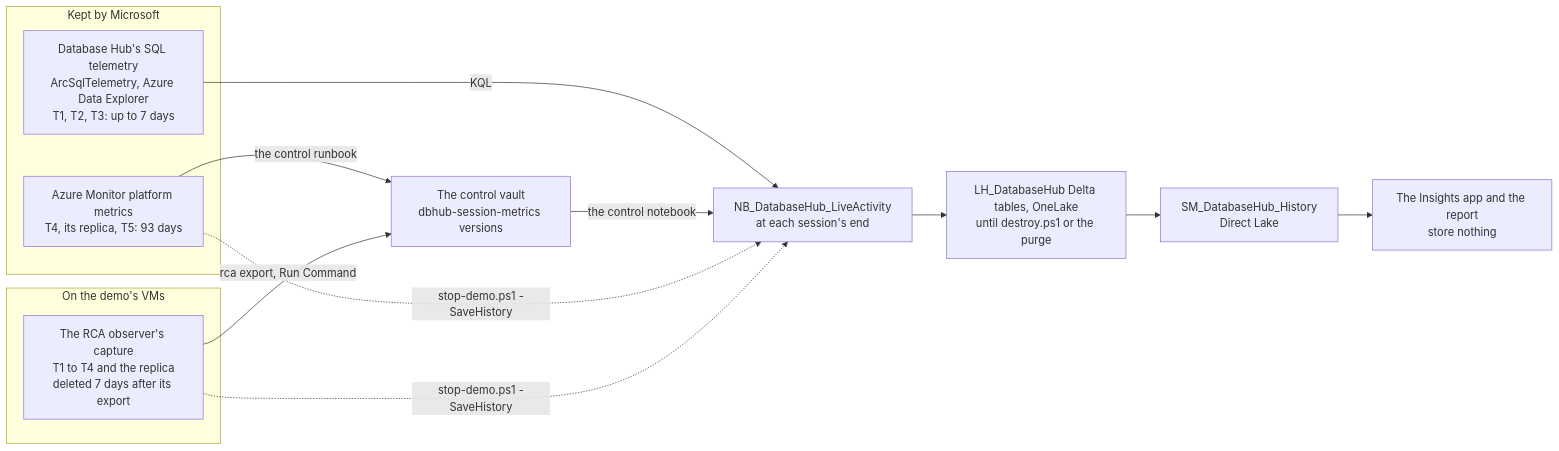
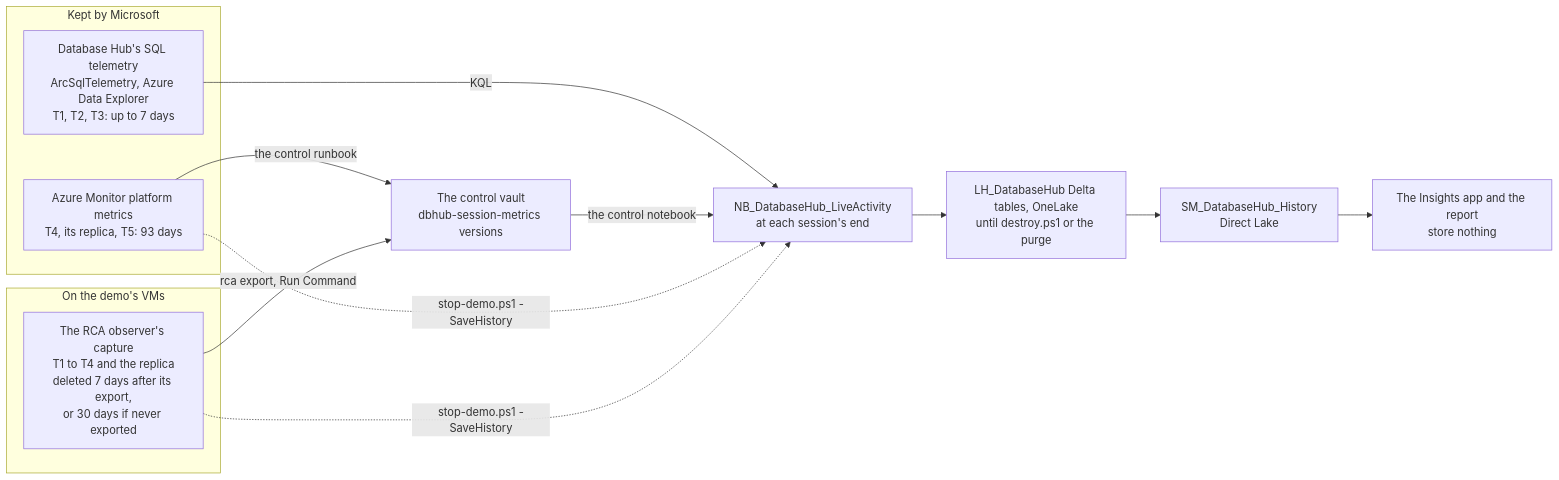
The diagram in docs/adr/0031-incident-rca.md (MarcBushong/fabric-database-hub-demo), drawn with Mermaid before and after one commit. The commit also changed other lines of this file and 4 other files, not shown here.

````diff
--- a/docs/adr/0031-incident-rca.md
+++ b/docs/adr/0031-incident-rca.md
@@ -250,22 +251,22 @@
 ```mermaid
 flowchart LR
     subgraph ms["Kept by Microsoft"]
         adx["Database Hub's SQL telemetry<br/>ArcSqlTelemetry, Azure Data Explorer<br/>T1, T2, T3: up to 7 days"]
         am["Azure Monitor platform metrics<br/>T4, its replica, T5: 93 days"]
     end
     subgraph vms["On the demo's VMs"]
-        obs["The RCA observer's capture<br/>T1 to T4 and the replica<br/>deleted 7 days after its export"]
+        obs["The RCA observer's capture<br/>T1 to T4 and the replica<br/>deleted 7 days after its export,<br/>or 30 days if never exported"]
     end
     vault["The control vault<br/>dbhub-session-metrics versions"]
     nb["NB_DatabaseHub_LiveActivity<br/>at each session's end"]
     lh["LH_DatabaseHub Delta tables, OneLake<br/>until destroy.ps1 or the purge"]
     sm["SM_DatabaseHub_History<br/>Direct Lake"]
     app["The Insights app and the report<br/>store nothing"]
     adx -- "KQL" --> nb
     am -- "the control runbook" --> vault
     obs -- "rca export, Run Command" --> vault
     vault -- "the control notebook" --> nb
     am -. "stop-demo.ps1 -SaveHistory" .-> nb
     obs -. "stop-demo.ps1 -SaveHistory" .-> nb
     nb --> lh --> sm --> app
 ```
````
